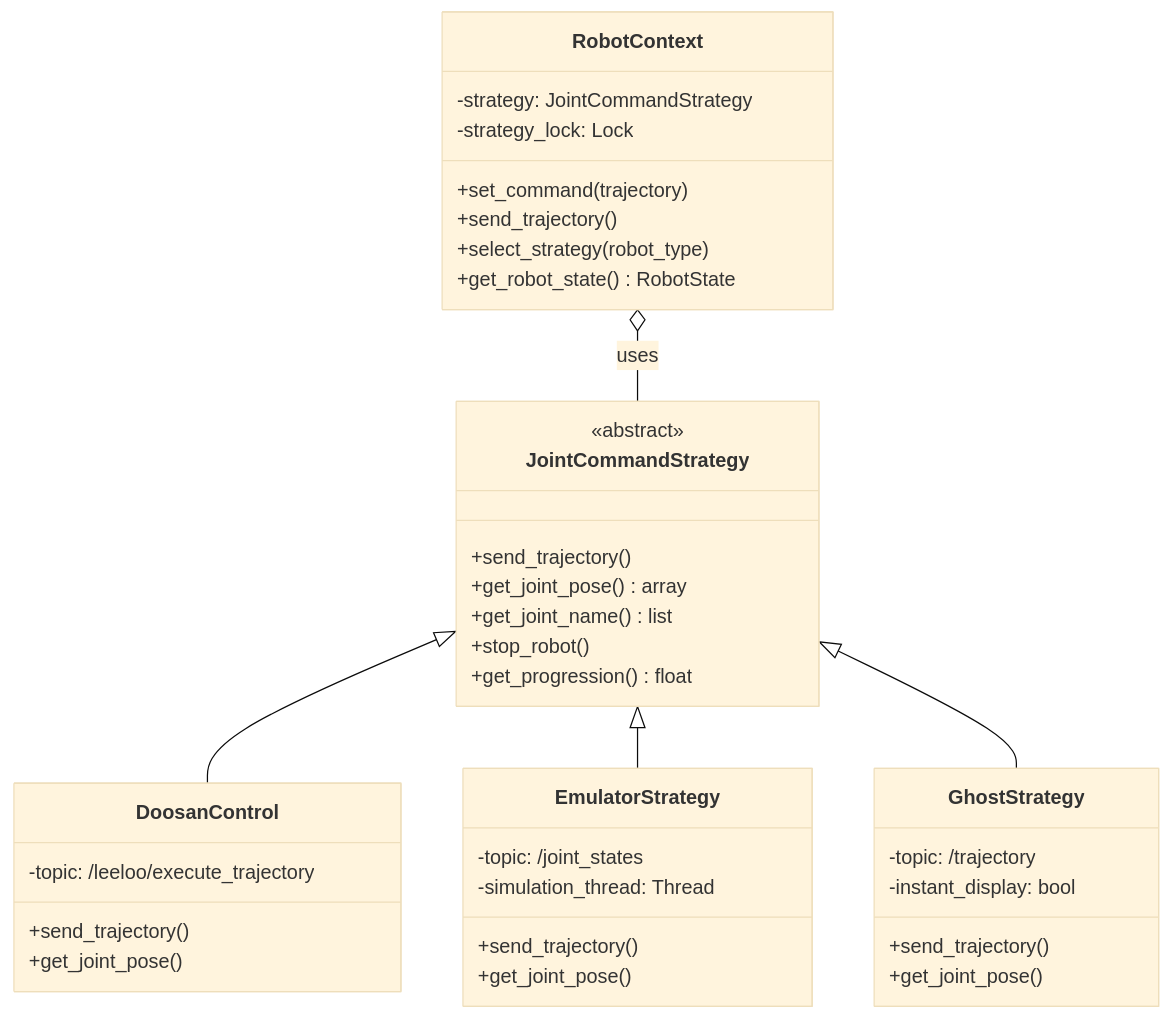
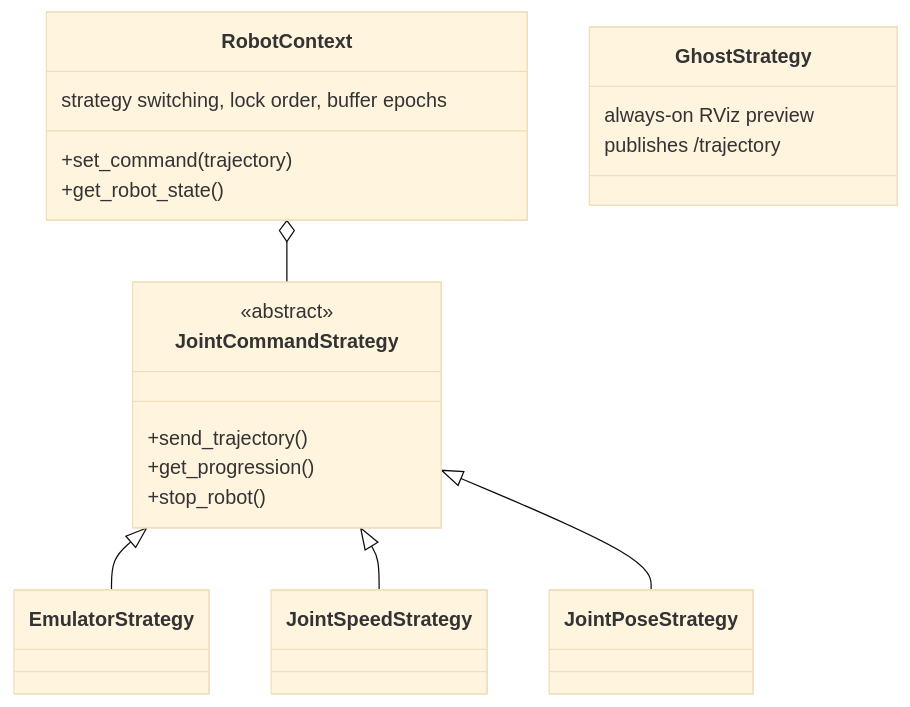
Before and after one commit to Lab-CORO/curobo_ros: the third of 3 diagrams in docs/concepts/architecture.md, drawn with Mermaid (base theme). The commit also changed other lines of this file and 39 other files, not shown here.

````diff
--- a/docs/concepts/architecture.md
+++ b/docs/concepts/architecture.md
@@ -101,45 +96,22 @@
-```mermaid
+```{mermaid}
 classDiagram
+    class RobotContext {
+        strategy switching, lock order, buffer epochs
+        +set_command(trajectory)
+        +get_robot_state()
+    }
     class JointCommandStrategy {
         <<abstract>>
         +send_trajectory()
-        +get_joint_pose() array
-        +get_joint_name() list
+        +get_progression()
         +stop_robot()
-        +get_progression() float
     }
- 
-    class DoosanControl {
-        +send_trajectory()
-        +get_joint_pose()
-        -topic: /leeloo/execute_trajectory
+    RobotContext o-- JointCommandStrategy
+    JointCommandStrategy <|-- EmulatorStrategy
+    JointCommandStrategy <|-- JointSpeedStrategy
+    JointCommandStrategy <|-- JointPoseStrategy
+    class GhostStrategy {
+        always-on RViz preview
+        publishes /trajectory
     }
- 
-    class EmulatorStrategy {
-        +send_trajectory()
-        +get_joint_pose()
-        -topic: /joint_states
-        -simulation_thread: Thread
-    }
- 
-    class GhostStrategy {
-        +send_trajectory()
-        +get_joint_pose()
-        -topic: /trajectory
-        -instant_display: bool
-    }
- 
-    class RobotContext {
-        -strategy: JointCommandStrategy
-        -strategy_lock: Lock
-        +set_command(trajectory)
-        +send_trajectory()
-        +select_strategy(robot_type)
-        +get_robot_state() RobotState
-    }
- 
-    JointCommandStrategy <|-- DoosanControl
-    JointCommandStrategy <|-- EmulatorStrategy
-    JointCommandStrategy <|-- GhostStrategy
-    RobotContext o-- JointCommandStrategy : uses
 ```
````
